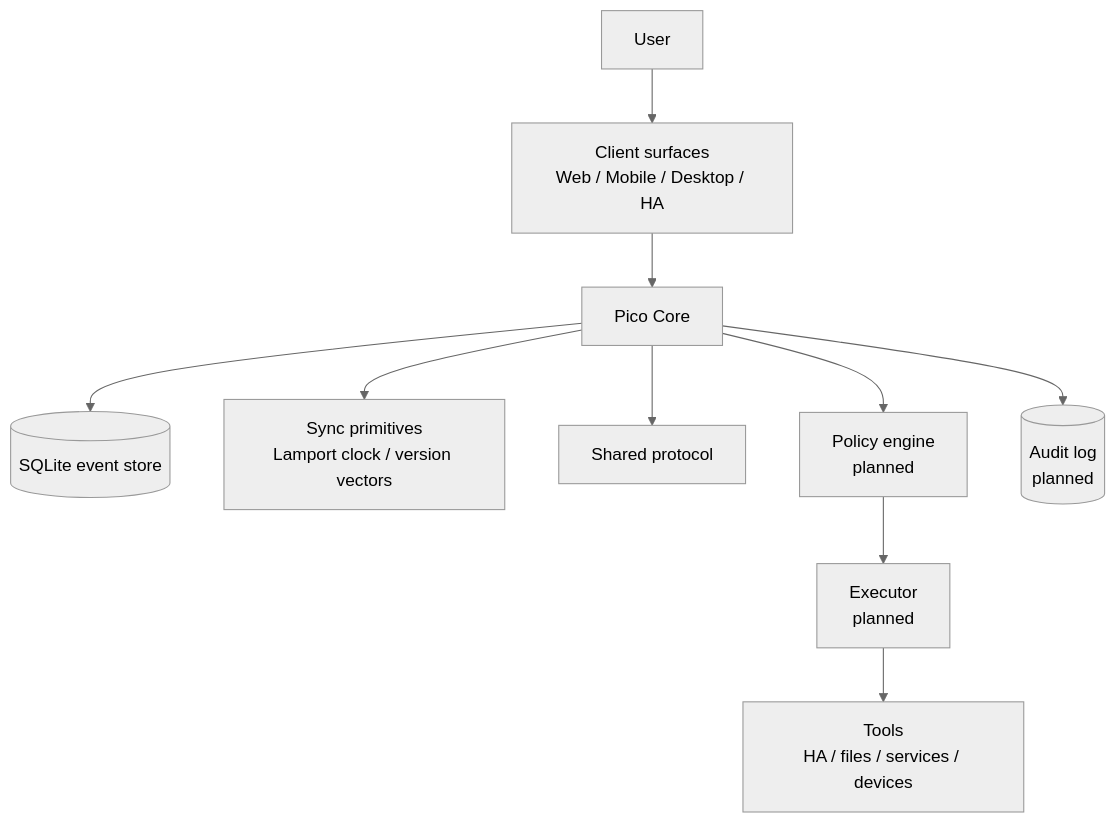
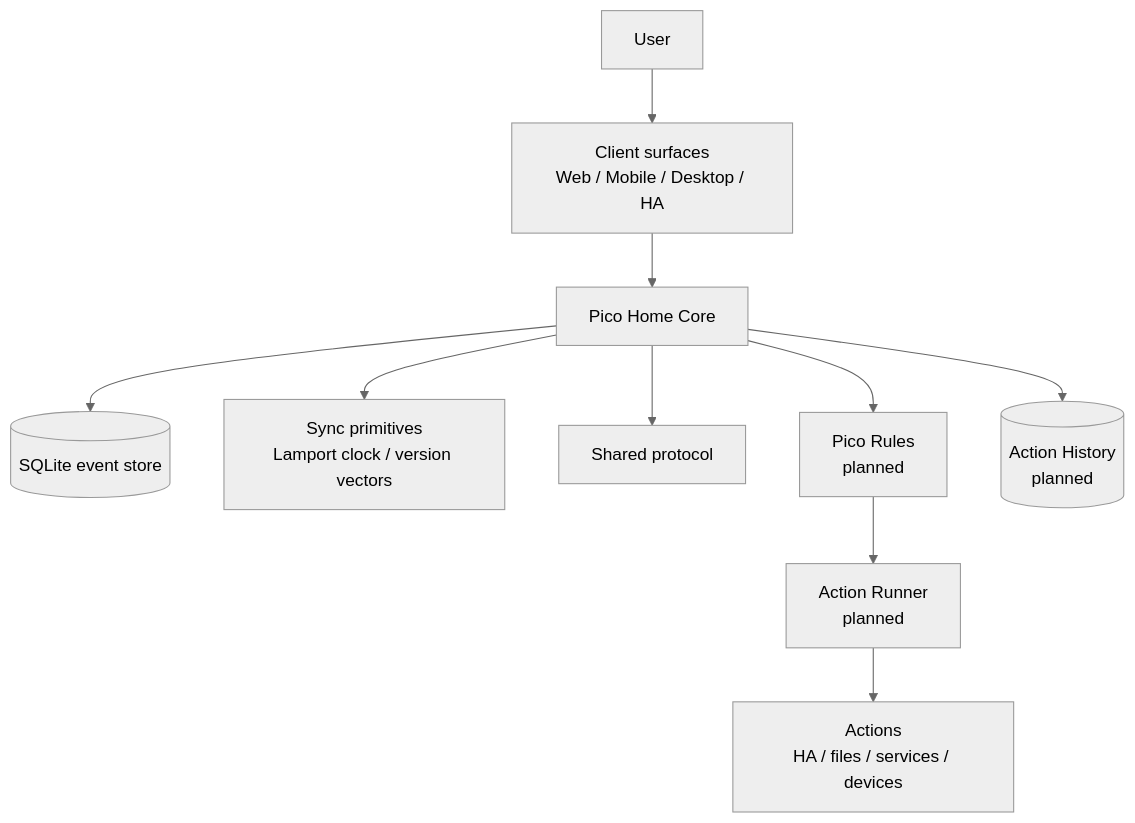
One commit to riederch/pico changed the second of 2 diagrams in ReadmeTech.md. Above: the diagram before and after it, drawn with Mermaid (neutral theme). The commit also changed other lines of this file, not shown here.

````diff
--- a/ReadmeTech.md
+++ b/ReadmeTech.md
@@ -141,12 +158,12 @@
 ```mermaid
 flowchart TD
     User[User] --> Client[Client surfaces\nWeb / Mobile / Desktop / HA]
-    Client --> Core[Pico Core]
+    Client --> Core[Pico Home Core]
     Core --> EventStore[(SQLite event store)]
     Core --> Sync[Sync primitives\nLamport clock / version vectors]
     Core --> Protocol[Shared protocol]
-    Core --> Policy[Policy engine\nplanned]
-    Policy --> Executor[Executor\nplanned]
-    Executor --> Tools[Tools\nHA / files / services / devices]
-    Core --> Audit[(Audit log\nplanned)]
+    Core --> PicoRules[Pico Rules\nplanned]
+    PicoRules --> ActionRunner[Action Runner\nplanned]
+    ActionRunner --> Actions[Actions\nHA / files / services / devices]
+    Core --> ActionHistory[(Action History\nplanned)]
 ```
````
